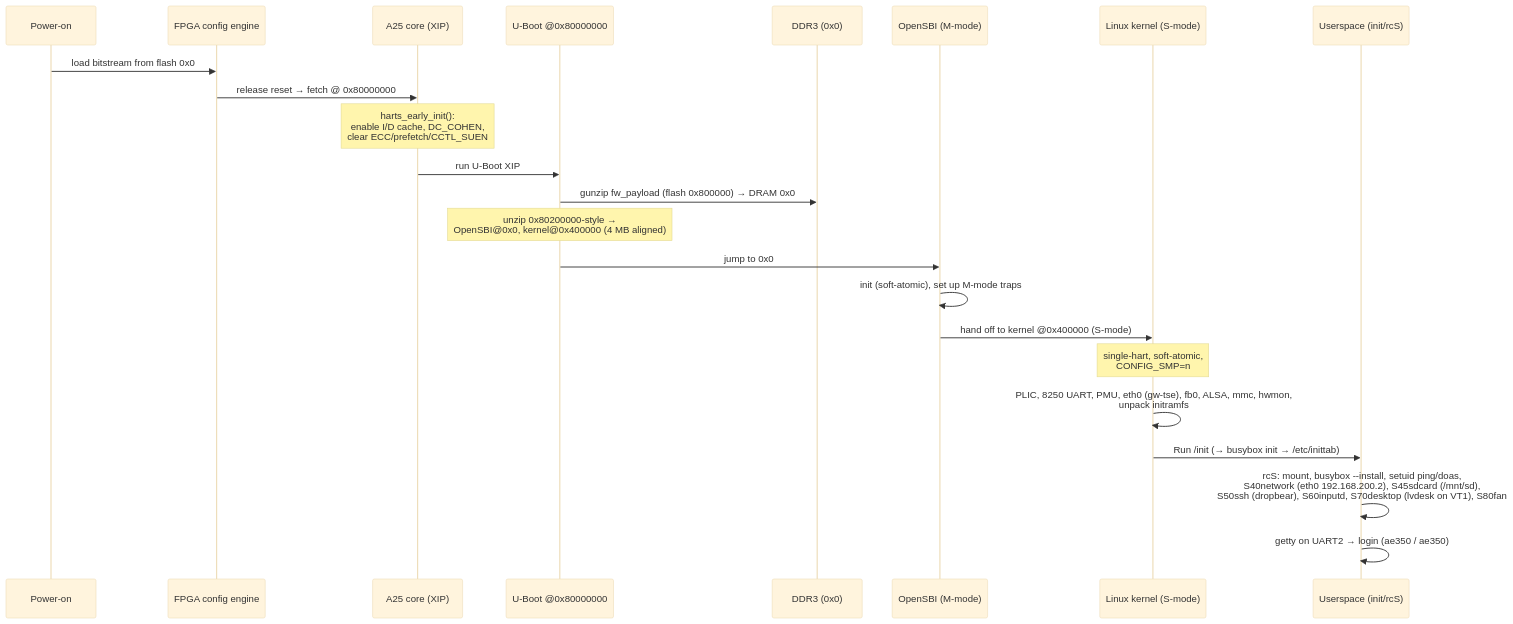
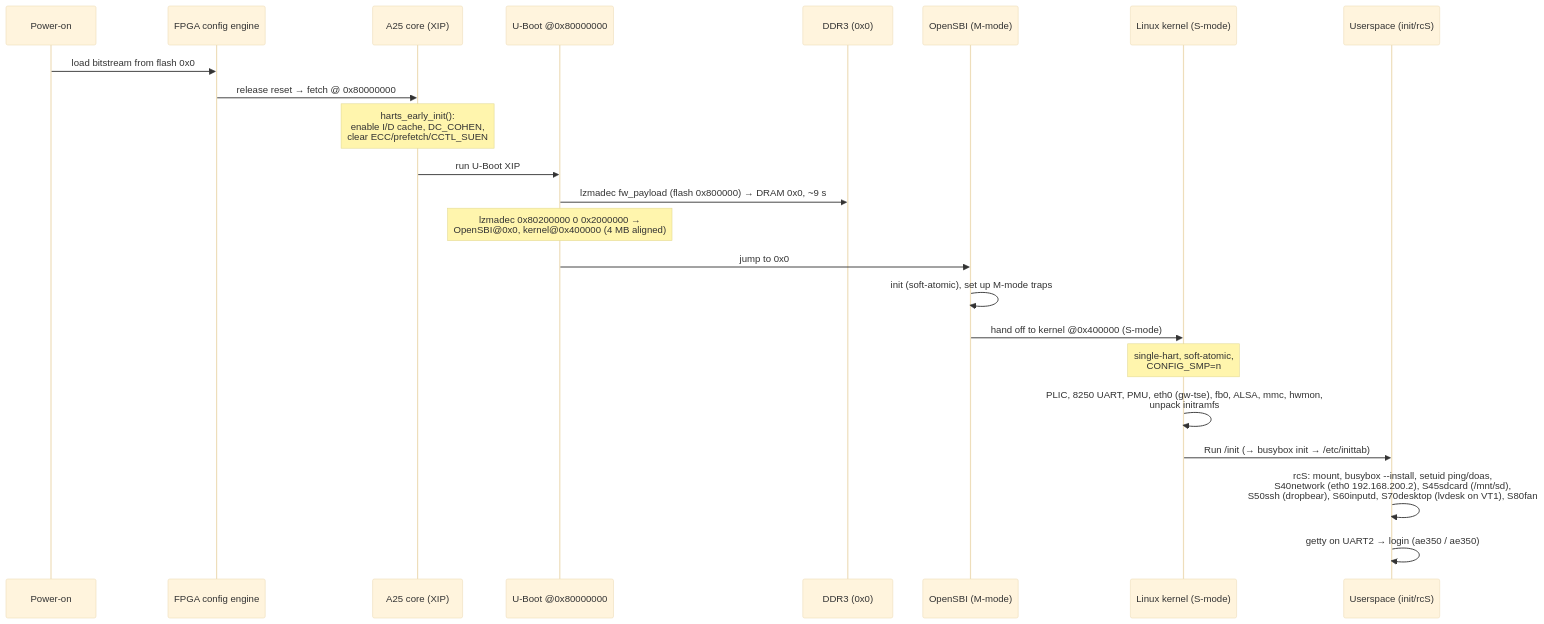
One commit to phoenix367/tang-mega-138K-Pro-demo changed the second of 3 diagrams in doc/03-boot.md. Above: the diagram before and after it, drawn with Mermaid (base theme). The commit also changed other lines of this file and 4 other files, not shown here.

First line of the commit message:
boot: LZMA-compressed kernel payload (1.1 MB more headroom in the 8 MB region)

````diff
--- a/doc/03-boot.md
+++ b/doc/03-boot.md
@@ -29,26 +29,26 @@
 ```mermaid
 sequenceDiagram
   participant PWR as Power-on
   participant FPGA as FPGA config engine
   participant A25 as A25 core (XIP)
   participant UB as U-Boot @0x80000000
   participant DDR as DDR3 (0x0)
   participant SBI as OpenSBI (M-mode)
   participant K as Linux kernel (S-mode)
   participant US as Userspace (init/rcS)
 
   PWR->>FPGA: load bitstream from flash 0x0
   FPGA->>A25: release reset → fetch @ 0x80000000
   Note over A25: harts_early_init():<br/>enable I/D cache, DC_COHEN,<br/>clear ECC/prefetch/CCTL_SUEN
   A25->>UB: run U-Boot XIP
-  UB->>DDR: gunzip fw_payload (flash 0x800000) → DRAM 0x0
-  Note over UB: unzip 0x80200000-style →<br/>OpenSBI@0x0, kernel@0x400000 (4 MB aligned)
+  UB->>DDR: lzmadec fw_payload (flash 0x800000) → DRAM 0x0, ~9 s
+  Note over UB: lzmadec 0x80200000 0 0x2000000 →<br/>OpenSBI@0x0, kernel@0x400000 (4 MB aligned)
   UB->>SBI: jump to 0x0
   SBI->>SBI: init (soft-atomic), set up M-mode traps
   SBI->>K: hand off to kernel @0x400000 (S-mode)
   Note over K: single-hart, soft-atomic,<br/>CONFIG_SMP=n
   K->>K: PLIC, 8250 UART, PMU, eth0 (gw-tse), fb0, ALSA, mmc, hwmon,<br/>unpack initramfs
   K->>US: Run /init  (→ busybox init → /etc/inittab)
   US->>US: rcS: mount, busybox --install, setuid ping/doas,<br/>S40network (eth0 192.168.200.2), S45sdcard (/mnt/sd),<br/>S50ssh (dropbear), S60inputd, S70desktop (lvdesk on VT1), S80fan
   US->>US: getty on UART2 → login (ae350 / ae350)
 ```
````
